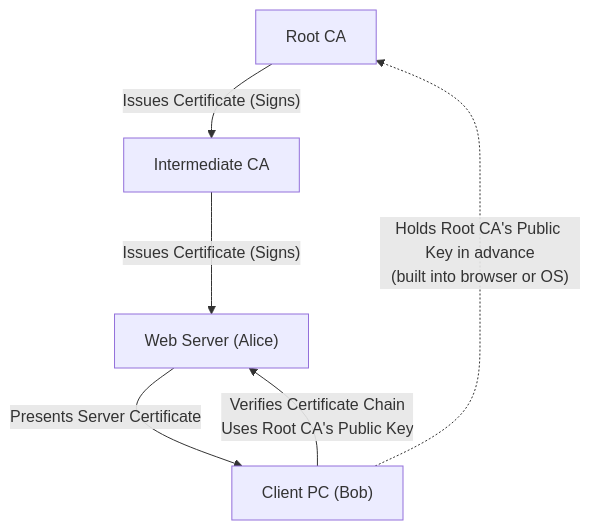
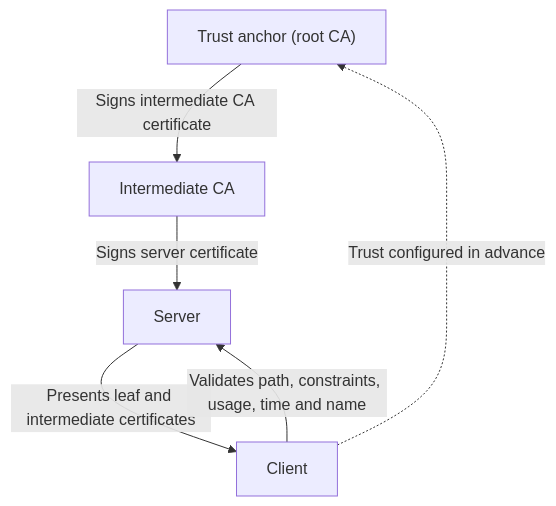
One commit to kenjinote/blog changed the third of 3 diagrams in content/post/modern-cryptography-public-key-hash-signature/index.en.md. Above: the diagram before and after it, drawn with Mermaid. The commit also changed other lines of this file and 6 other files, not shown here.

````diff
--- a/content/post/modern-cryptography-public-key-hash-signature/index.en.md
+++ b/content/post/modern-cryptography-public-key-hash-signature/index.en.md
@@ -317,13 +273,8 @@
 ```mermaid
 graph TD
-    CA["Root CA"]
-    SubCA["Intermediate CA"]
-    Server["Web Server (Alice)"]
-    Client["Client PC (Bob)"]
-
-    CA -->|"Issues Certificate (Signs)"| SubCA
-    SubCA -->|"Issues Certificate (Signs)"| Server
-    Server -->|"Presents Server Certificate"| Client
-    Client -.->|"Holds Root CA's Public Key in advance\n(built into browser or OS)"| CA
-    Client -->|"Verifies Certificate Chain\nUses Root CA's Public Key"| Server
+    CA["Trust anchor (root CA)"] -->|"Signs intermediate CA certificate"| I["Intermediate CA"]
+    I -->|"Signs server certificate"| S["Server"]
+    S -->|"Presents leaf and intermediate certificates"| C["Client"]
+    C -.->|"Trust configured in advance"| CA
+    C -->|"Validates path, constraints, usage, time and name"| S["Server"]
 ```
````
